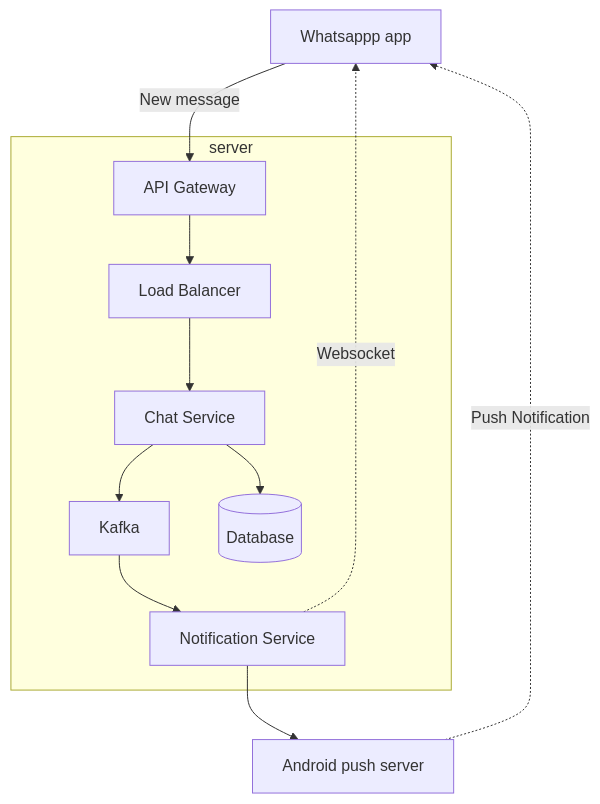
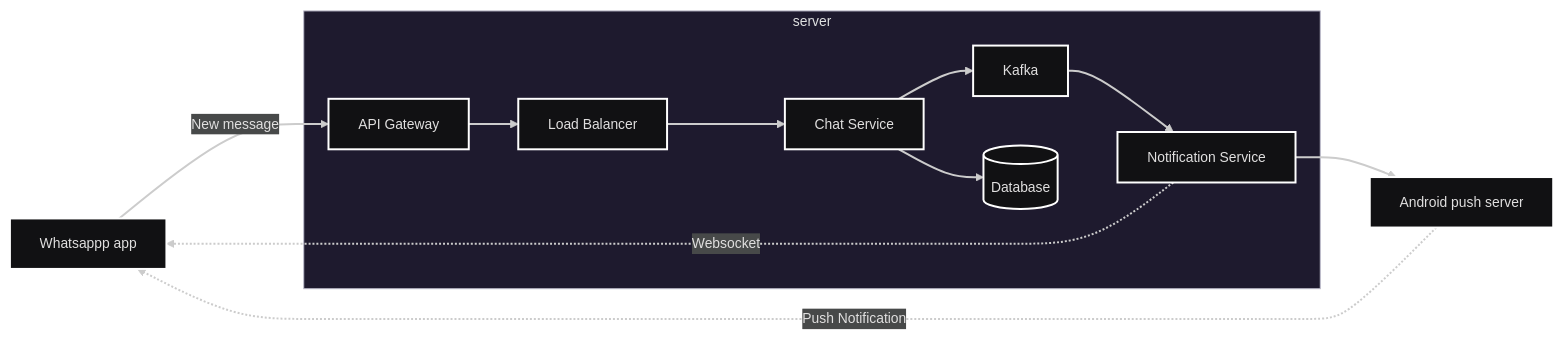
One commit to subhadig/architecture-practice changed the diagram in system-designs/whatsapp/diagram-flowchart.mermaid. Above: the diagram before and after it, drawn with Mermaid.

Commit message:
Updated design diagram

```diff
--- a/system-designs/whatsapp/diagram-flowchart.mermaid
+++ b/system-designs/whatsapp/diagram-flowchart.mermaid
@@ -1,19 +1,24 @@
-flowchart TB
+---
+config:
+  theme: redux-dark-color
+  layout: dagre
+---
+flowchart LR
     client["Whatsappp app"]
     subgraph server
         apigateway["API Gateway"]
         loadbalancer["Load Balancer"]
         chatservice["Chat Service"]
         kafka["Kafka"]
         database[("Database")]
         notficationservice["Notification Service"]
     end
     pushserver["Android push server"]
 
     client-- New message -->apigateway
     apigateway-->loadbalancer-->chatservice
     chatservice-->kafka & database
     kafka-->notficationservice
     notficationservice-. Websocket .->client
     notficationservice-->pushserver
     pushserver-. Push Notification .->client
```
